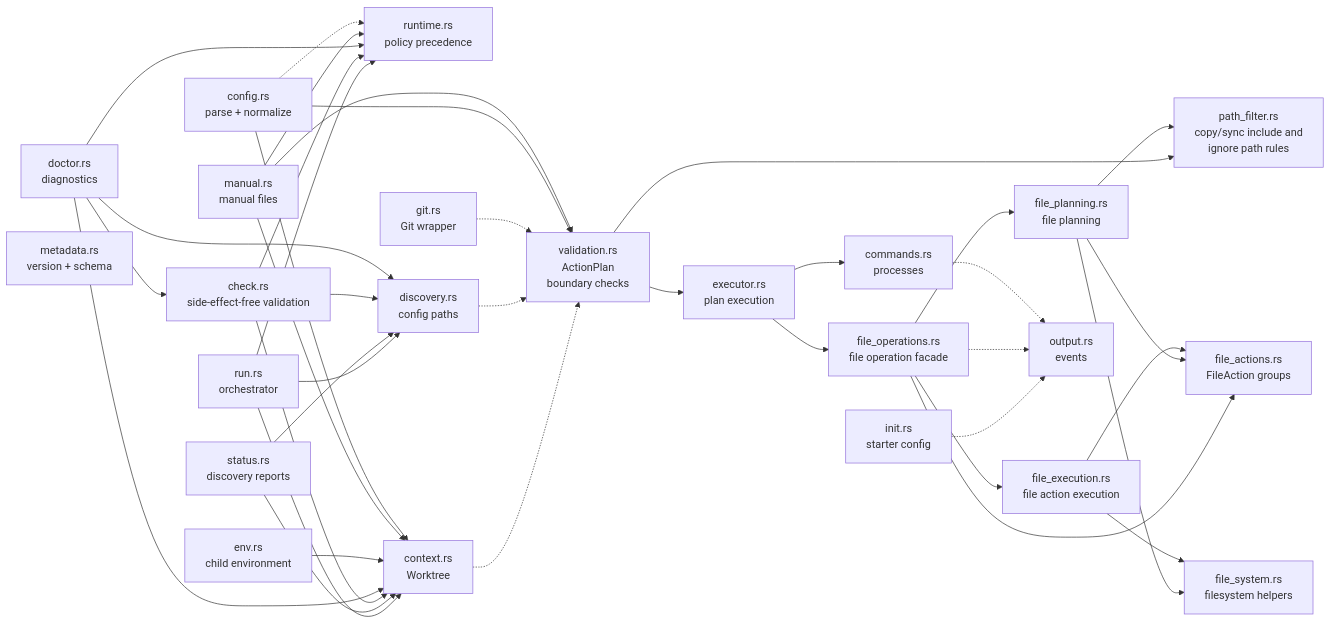
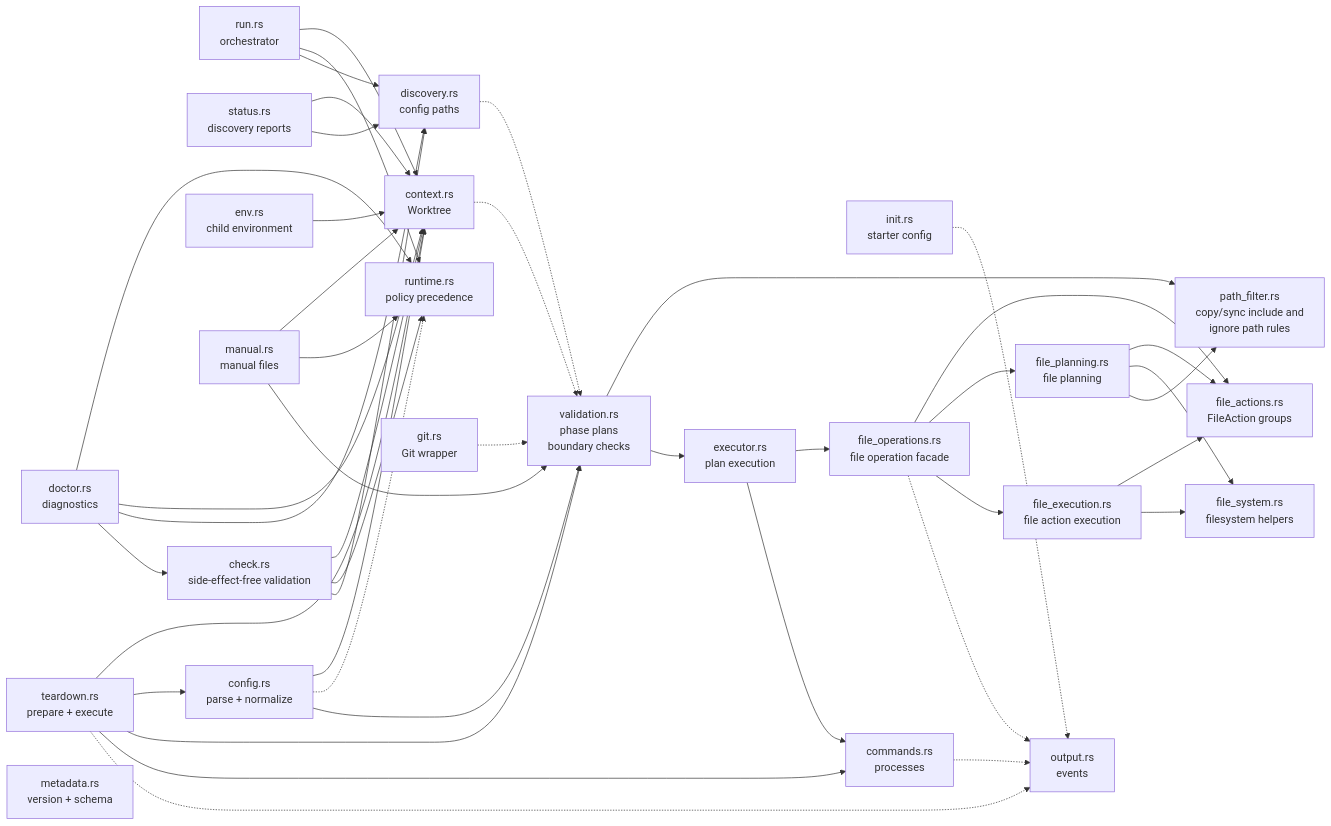
One commit to jimeh/treeboot changed the sixth of 6 diagrams in docs/ARCHITECTURE.md. Above: the diagram before and after it, drawn with Mermaid. The commit also changed other lines of this file and 40 other files, not shown here.

````diff
--- a/docs/ARCHITECTURE.md
+++ b/docs/ARCHITECTURE.md
@@ -205,64 +264,70 @@
 ```mermaid
 flowchart LR
   RUN["run.rs<br/>orchestrator"]
+  TEARDOWN["teardown.rs<br/>prepare + execute"]
   STATUS["status.rs<br/>discovery reports"]
   CHECK["check.rs<br/>side-effect-free validation"]
   DOCTOR["doctor.rs<br/>diagnostics"]
   ENV["env.rs<br/>child environment"]
   MANUAL["manual.rs<br/>manual files"]
   CONFIG["config.rs<br/>parse + normalize"]
   RUNTIME["runtime.rs<br/>policy precedence"]
   INIT["init.rs<br/>starter config"]
   META["metadata.rs<br/>version + schema"]
   CONTEXT["context.rs<br/>Worktree"]
   DISC["discovery.rs<br/>config paths"]
   GIT["git.rs<br/>Git wrapper"]
   FILTER["path_filter.rs<br/>copy/sync include and<br/>ignore path rules"]
   EXEC["executor.rs<br/>plan execution"]
-  VALID["validation.rs<br/>ActionPlan<br/>boundary checks"]
+  VALID["validation.rs<br/>phase plans<br/>boundary checks"]
   FILE_ACTIONS["file_actions.rs<br/>FileAction groups"]
   FILE_OPS["file_operations.rs<br/>file operation facade"]
   FILE_PLANNING["file_planning.rs<br/>file planning"]
   FILE_EXECUTION["file_execution.rs<br/>file action execution"]
   FILE_SYSTEM["file_system.rs<br/>filesystem helpers"]
   CMDS["commands.rs<br/>processes"]
   OUT["output.rs<br/>events"]
 
   RUN --> CONTEXT
   RUN --> RUNTIME
   RUN --> DISC
+  TEARDOWN --> CONTEXT
+  TEARDOWN --> CONFIG
+  TEARDOWN --> VALID
+  TEARDOWN --> CMDS
+  TEARDOWN -.-> OUT
   STATUS --> CONTEXT
   STATUS --> DISC
   CHECK --> CONTEXT
   CHECK --> RUNTIME
   CHECK --> DISC
   DOCTOR --> RUNTIME
   DOCTOR --> CONTEXT
   DOCTOR --> DISC
   DOCTOR --> CHECK
   ENV --> CONTEXT
   MANUAL --> CONTEXT
   MANUAL --> RUNTIME
   CONFIG --> CONTEXT
   CONFIG -.-> RUNTIME
   CONTEXT -.-> VALID
   DISC -.-> VALID
   GIT -.-> VALID
   CONFIG --> VALID
   MANUAL --> VALID
   VALID --> FILTER
   FILE_OPS --> FILE_ACTIONS
   FILE_OPS --> FILE_PLANNING
   FILE_OPS --> FILE_EXECUTION
   FILE_PLANNING --> FILE_ACTIONS
   FILE_PLANNING --> FILE_SYSTEM
   FILE_PLANNING --> FILTER
   FILE_EXECUTION --> FILE_ACTIONS
   FILE_EXECUTION --> FILE_SYSTEM
   VALID --> EXEC
   EXEC --> FILE_OPS
   EXEC --> CMDS
   INIT -.-> OUT
   FILE_OPS -.-> OUT
   CMDS -.-> OUT
 ```
````
